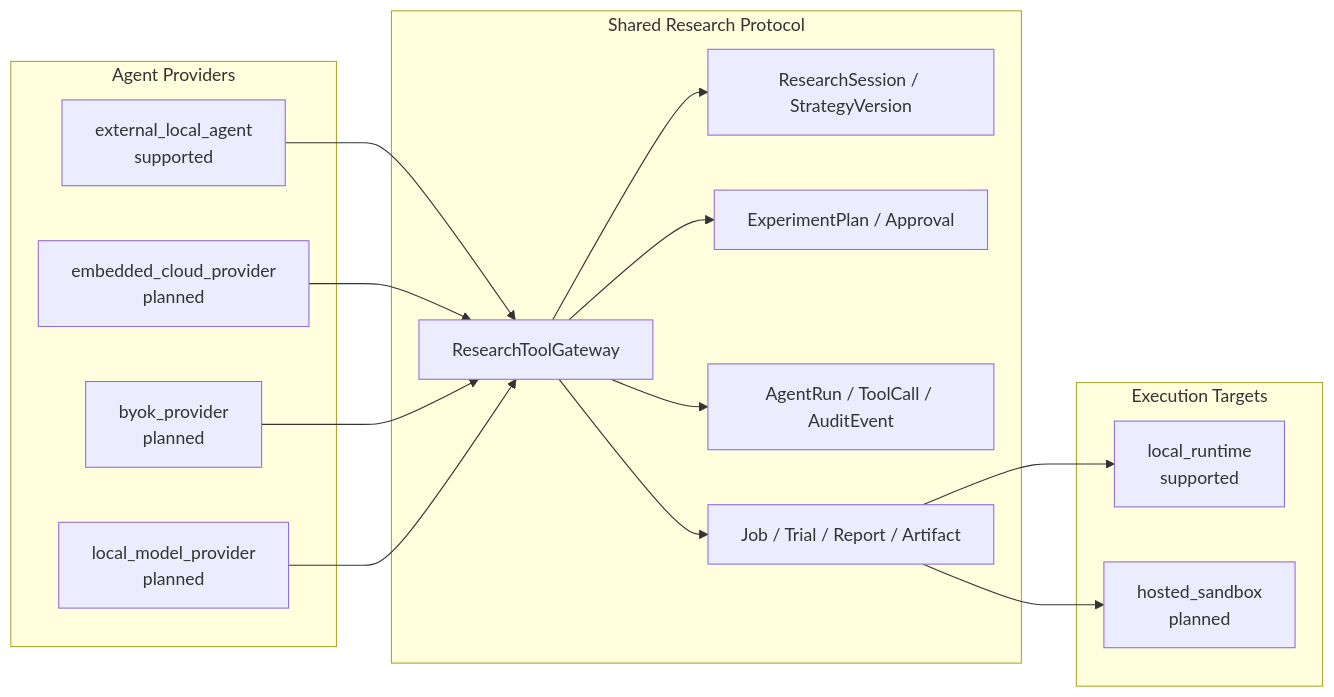
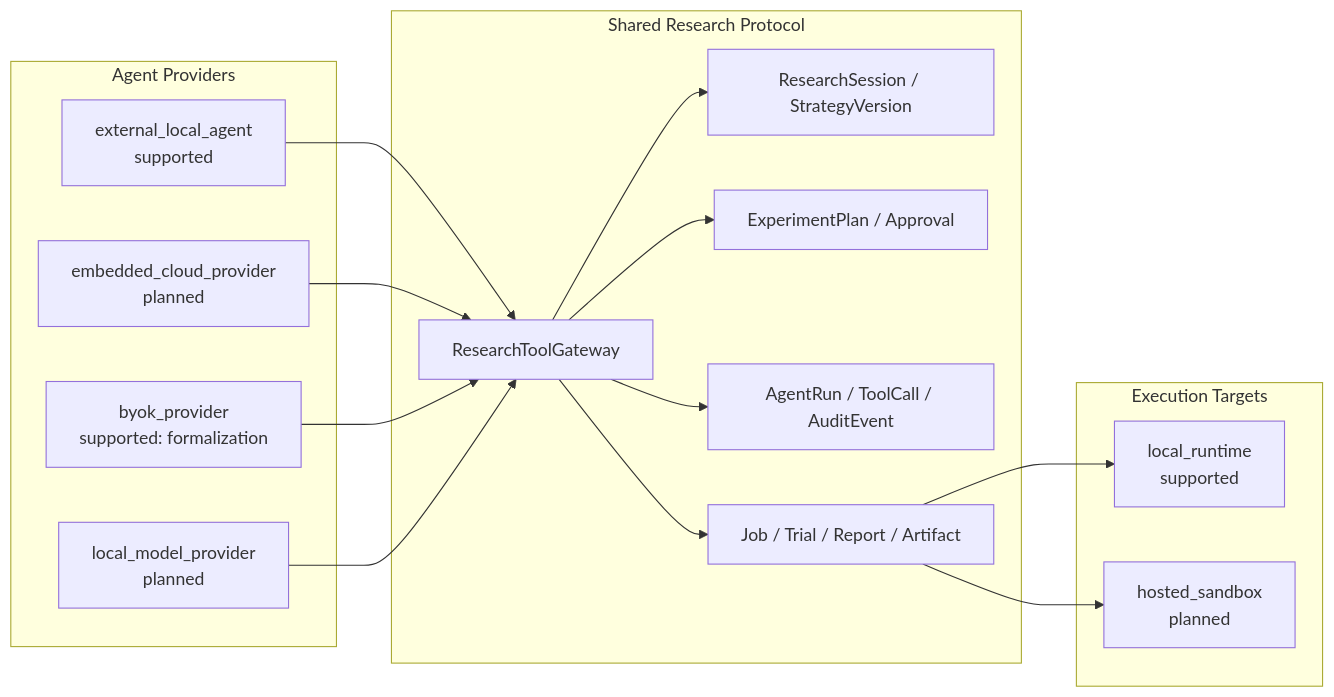
One commit to goodperson888/quant-research-lab changed the diagram in docs/18-Agent与Skill执行架构.md. Above: the diagram before and after it, drawn with Mermaid. The commit also changed other lines of this file and 80 other files, not shown here.

````diff
--- a/docs/18-Agent与Skill执行架构.md
+++ b/docs/18-Agent与Skill执行架构.md
@@ -89,30 +94,30 @@
 ```mermaid
 flowchart LR
     subgraph Providers["Agent Providers"]
       ELA["external_local_agent<br/>supported"]
       ECP["embedded_cloud_provider<br/>planned"]
-      BYOK["byok_provider<br/>planned"]
+      BYOK["byok_provider<br/>supported: formalization"]
       LMP["local_model_provider<br/>planned"]
     end
     subgraph Protocol["Shared Research Protocol"]
       S["ResearchSession / StrategyVersion"]
       P["ExperimentPlan / Approval"]
       R["AgentRun / ToolCall / AuditEvent"]
       J["Job / Trial / Report / Artifact"]
       T["ResearchToolGateway"]
     end
     subgraph Targets["Execution Targets"]
       LOCAL["local_runtime<br/>supported"]
       HOSTED["hosted_sandbox<br/>planned"]
     end
     ELA --> T
     ECP --> T
     BYOK --> T
     LMP --> T
     T --> S
     T --> P
     T --> R
     T --> J
     J --> LOCAL
     J --> HOSTED
 ```
````
